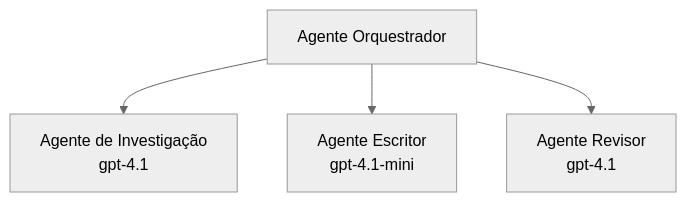
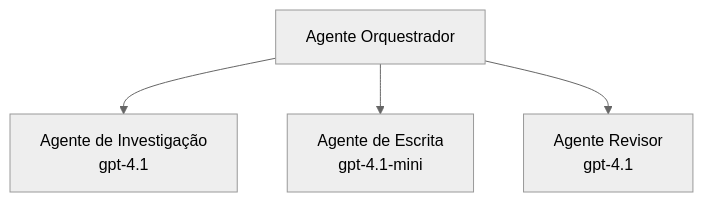
One commit to microsoft/AZD-for-beginners changed the third of 3 diagrams in translations/pt-PT/docs/chapter-02-ai-development/agents.md. Above: the diagram before and after it, drawn with Mermaid (neutral theme). The commit also changed other lines of this file and 101 other files, not shown here.

````diff
--- a/translations/pt-PT/docs/chapter-02-ai-development/agents.md
+++ b/translations/pt-PT/docs/chapter-02-ai-development/agents.md
@@ -189,6 +194,6 @@
 ```mermaid
 graph TD
     Orchestrator[Agente Orquestrador] --> Research[Agente de Investigação<br/>gpt-4.1]
-    Orchestrator --> Writer[Agente Escritor<br/>gpt-4.1-mini]
+    Orchestrator --> Writer[Agente de Escrita<br/>gpt-4.1-mini]
     Orchestrator --> Reviewer[Agente Revisor<br/>gpt-4.1]
 ```
````
